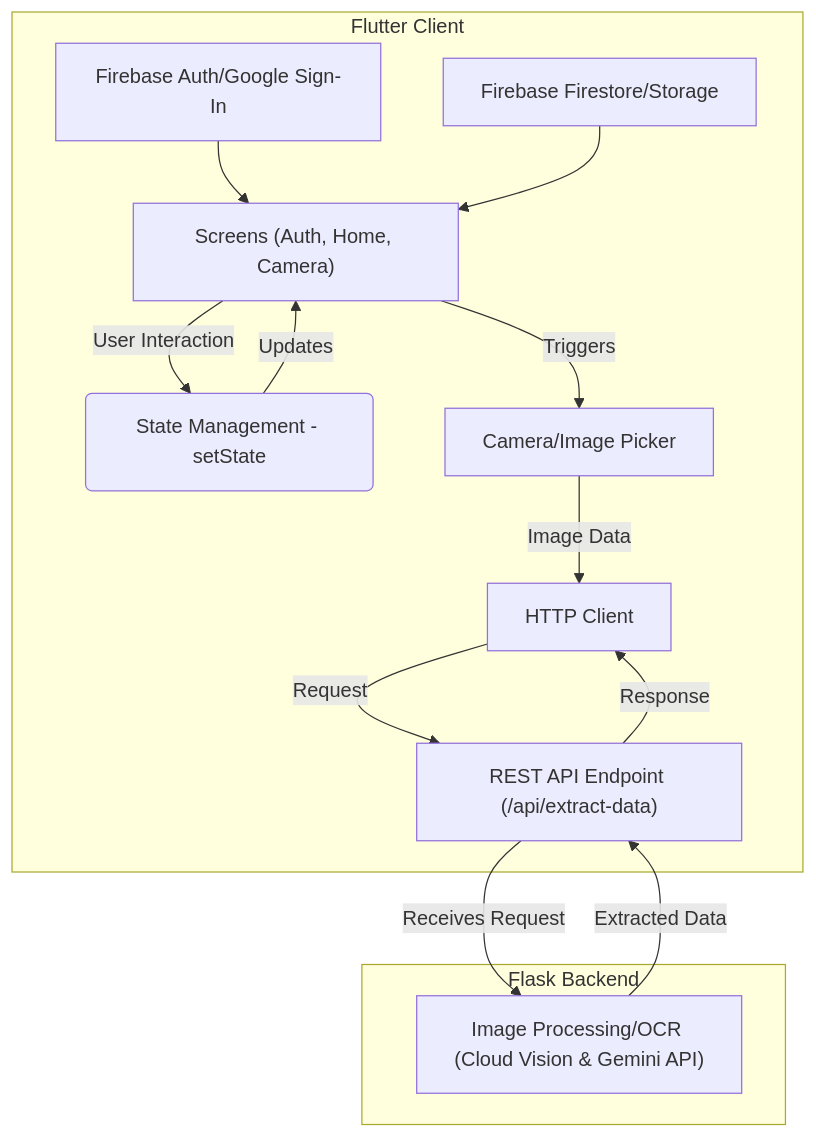
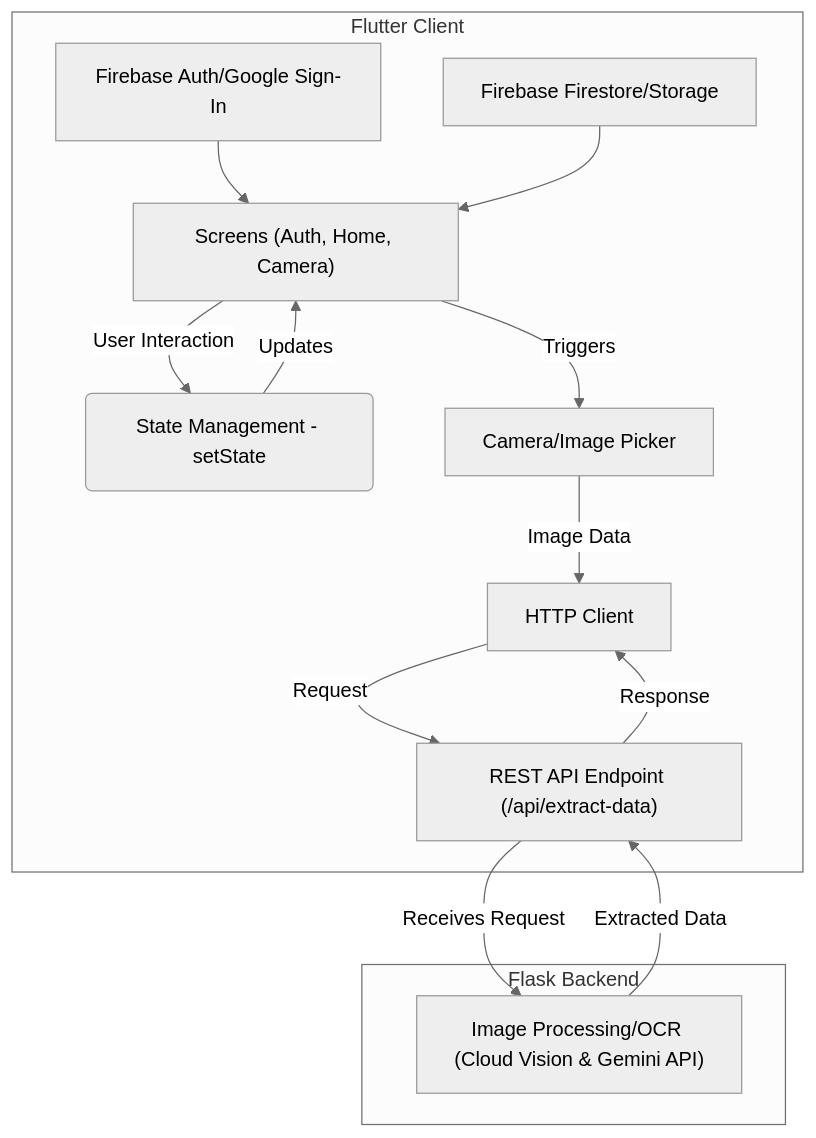
The diagram in app/articles/posts/vibe-coding-flutter-labelscan-lessons-learned.mdx (anthonycoffey/coffey.codes), drawn with Mermaid before and after one commit. The commit also changed other lines of this file and 1 other file, not shown here.

````diff
--- a/app/articles/posts/vibe-coding-flutter-labelscan-lessons-learned.mdx
+++ b/app/articles/posts/vibe-coding-flutter-labelscan-lessons-learned.mdx
@@ -76,19 +81,23 @@
 ```mermaid
+---
+config:
+  theme: neutral
+---
 graph TD
     subgraph Flutter Client
         UI["Screens (Auth, Home, Camera)"] -- User Interaction --> SM(State Management - setState);
         UI -- Triggers --> Cam[Camera/Image Picker];
         SM -- Updates --> UI;
         Cam -- Image Data --> API_Client[HTTP Client];
         API_Client -- Request --> BE;
         Auth[Firebase Auth/Google Sign-In] --> UI;
         Store[Firebase Firestore/Storage] --> UI;
     end
 
     subgraph Flask Backend
         BE["REST API Endpoint (/api/extract-data)"] -- Receives Request --> OCR["Image Processing/OCR (Cloud Vision & Gemini API)"];
         OCR -- Extracted Data --> BE;
     end
 
     BE -- Response --> API_Client;
 ```
````
